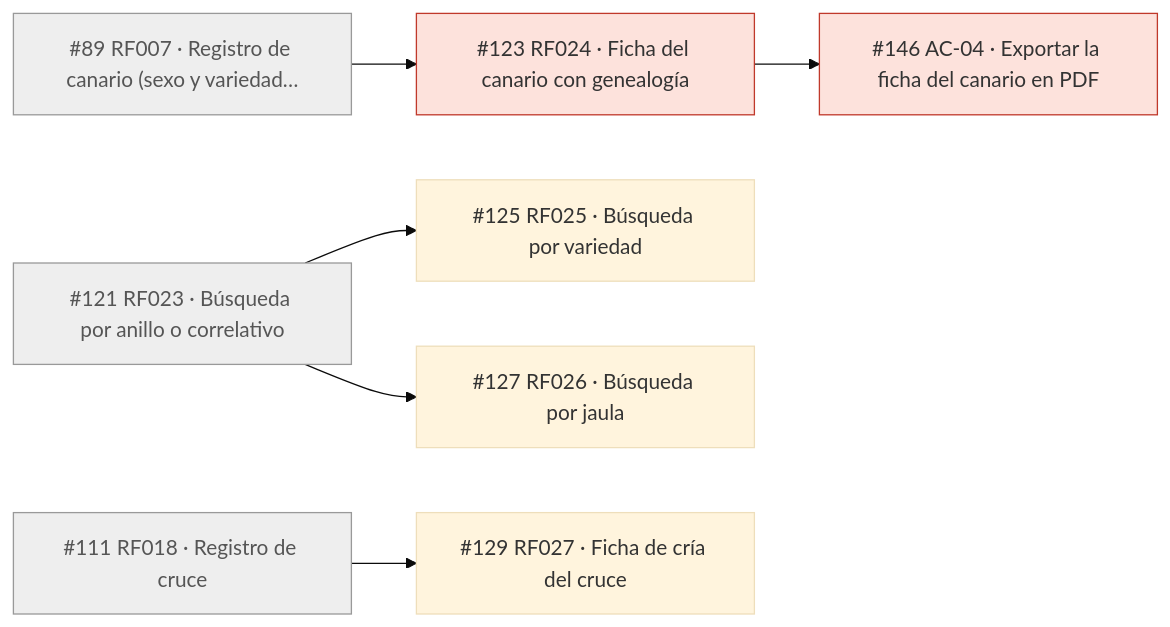
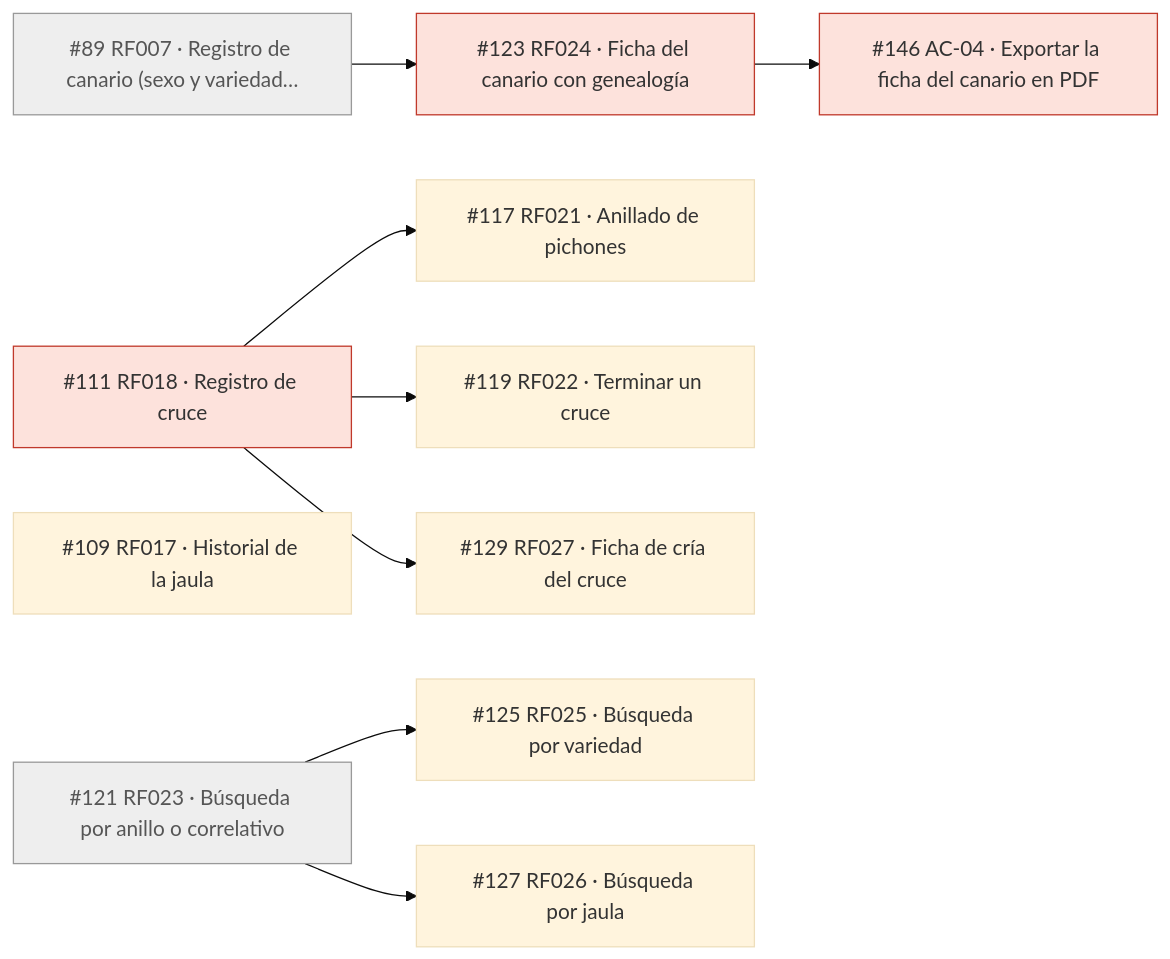
One commit to JereR1621/sistema-gestion-criadero-canarios changed the ninth of 11 diagrams in docs/guia-issues.md. Above: the diagram before and after it, drawn with Mermaid (base theme). The commit also changed other lines of this file and 4 other files, not shown here.

````diff
--- a/docs/guia-issues.md
+++ b/docs/guia-issues.md
@@ -386,18 +399,23 @@
 ```mermaid
 flowchart LR
     n89["#89 RF007 · Registro de canario (sexo y variedad…"]:::antes
-    n111["#111 RF018 · Registro de cruce"]:::antes
     n121["#121 RF023 · Búsqueda por anillo o correlativo"]:::antes
+    n109["#109 RF017 · Historial de la jaula"]
+    n111["#111 RF018 · Registro de cruce"]:::ajuste
+    n117["#117 RF021 · Anillado de pichones"]
+    n119["#119 RF022 · Terminar un cruce"]
     n123["#123 RF024 · Ficha del canario con genealogía"]:::ajuste
     n125["#125 RF025 · Búsqueda por variedad"]
     n127["#127 RF026 · Búsqueda por jaula"]
     n129["#129 RF027 · Ficha de cría del cruce"]
     n146["#146 AC-04 · Exportar la ficha del canario en PDF"]:::ajuste
+    n111 --> n117
+    n111 --> n119
     n89 --> n123
     n121 --> n125
     n121 --> n127
     n111 --> n129
     n123 --> n146
     classDef antes fill:#eeeeee,stroke:#999999,color:#555555
     classDef ajuste fill:#fde2dc,stroke:#c0392b
 ```
````
